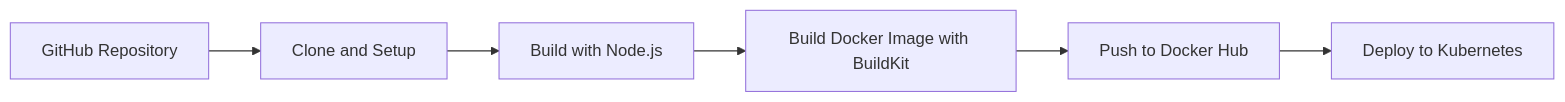
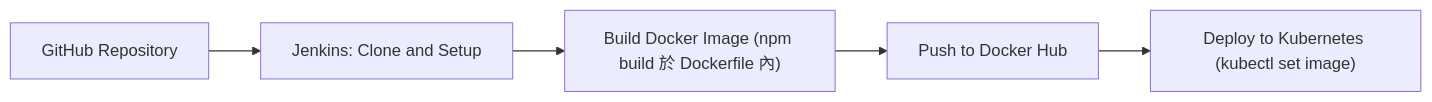
The sixth of 6 diagrams in README.md (Vinskao/ty-multiverse), drawn with Mermaid before and after one commit. The commit also changed other lines of this file, not shown here.

First line of the commit message:
docs(readme): refresh architecture diagrams to match current code

````diff
--- a/README.md
+++ b/README.md
@@ -139,8 +151,7 @@
 ```mermaid
 graph LR
-    A[GitHub Repository] --> B[Clone and Setup]
-    B --> C[Build with Node.js]
-    C --> D[Build Docker Image with BuildKit]
-    D --> E[Push to Docker Hub]
-    E --> F[Deploy to Kubernetes]
+    A["GitHub Repository"] --> B["Jenkins: Clone and Setup"]
+    B --> D["Build Docker Image (npm build 於 Dockerfile 內)"]
+    D --> E["Push to Docker Hub"]
+    E --> F["Deploy to Kubernetes (kubectl set image)"]
 ```
````
